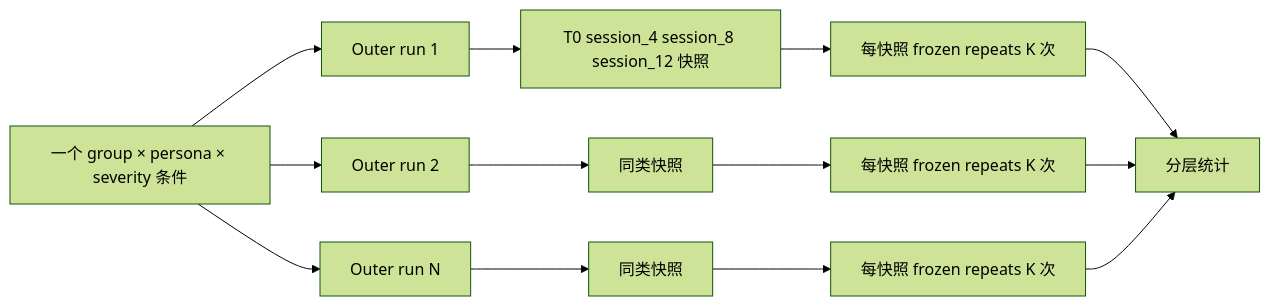
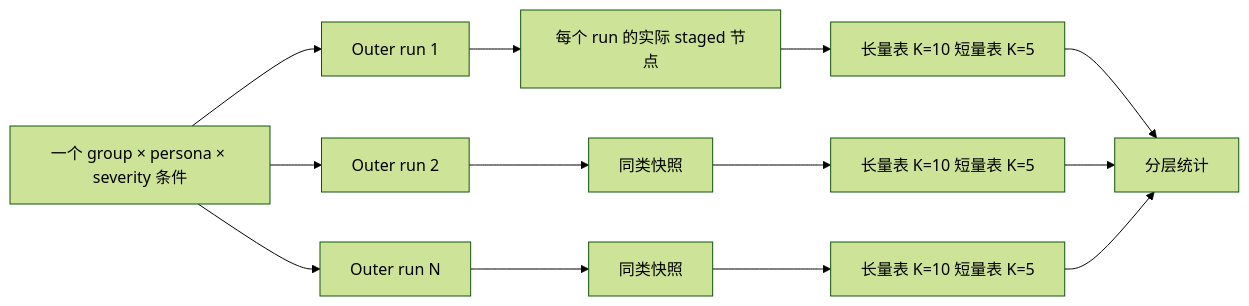
The third of 3 diagrams in docs/town_method/01_experimental_conditions.md (MUSE-Lab-SZU/generative_agents), drawn with Mermaid (forest theme) before and after one commit. The commit also changed other lines of this file and 77 other files, not shown here.

````diff
--- a/docs/town_method/01_experimental_conditions.md
+++ b/docs/town_method/01_experimental_conditions.md
@@ -151,15 +158,15 @@
 ```mermaid
 flowchart LR
     C[一个 group × persona × severity 条件] --> O1[Outer run 1]
     C --> O2[Outer run 2]
     C --> ON[Outer run N]
-    O1 --> S1[T0 session_4 session_8 session_12 快照]
+    O1 --> S1[每个 run 的实际 staged 节点]
     O2 --> S2[同类快照]
     ON --> SN[同类快照]
-    S1 --> R1[每快照 frozen repeats K 次]
-    S2 --> R2[每快照 frozen repeats K 次]
-    SN --> RN[每快照 frozen repeats K 次]
+    S1 --> R1[长量表 K=10 短量表 K=5]
+    S2 --> R2[长量表 K=10 短量表 K=5]
+    SN --> RN[长量表 K=10 短量表 K=5]
     R1 --> STAT[分层统计]
     R2 --> STAT
     RN --> STAT
 ```
````
